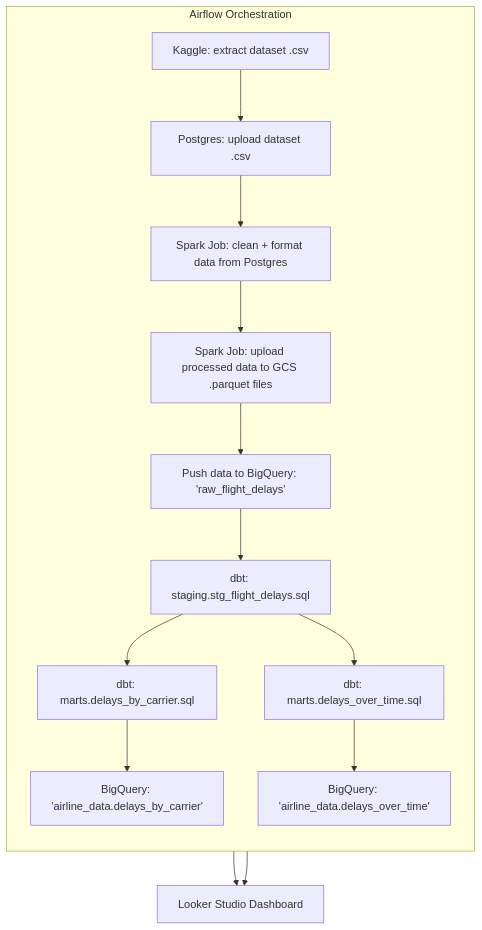
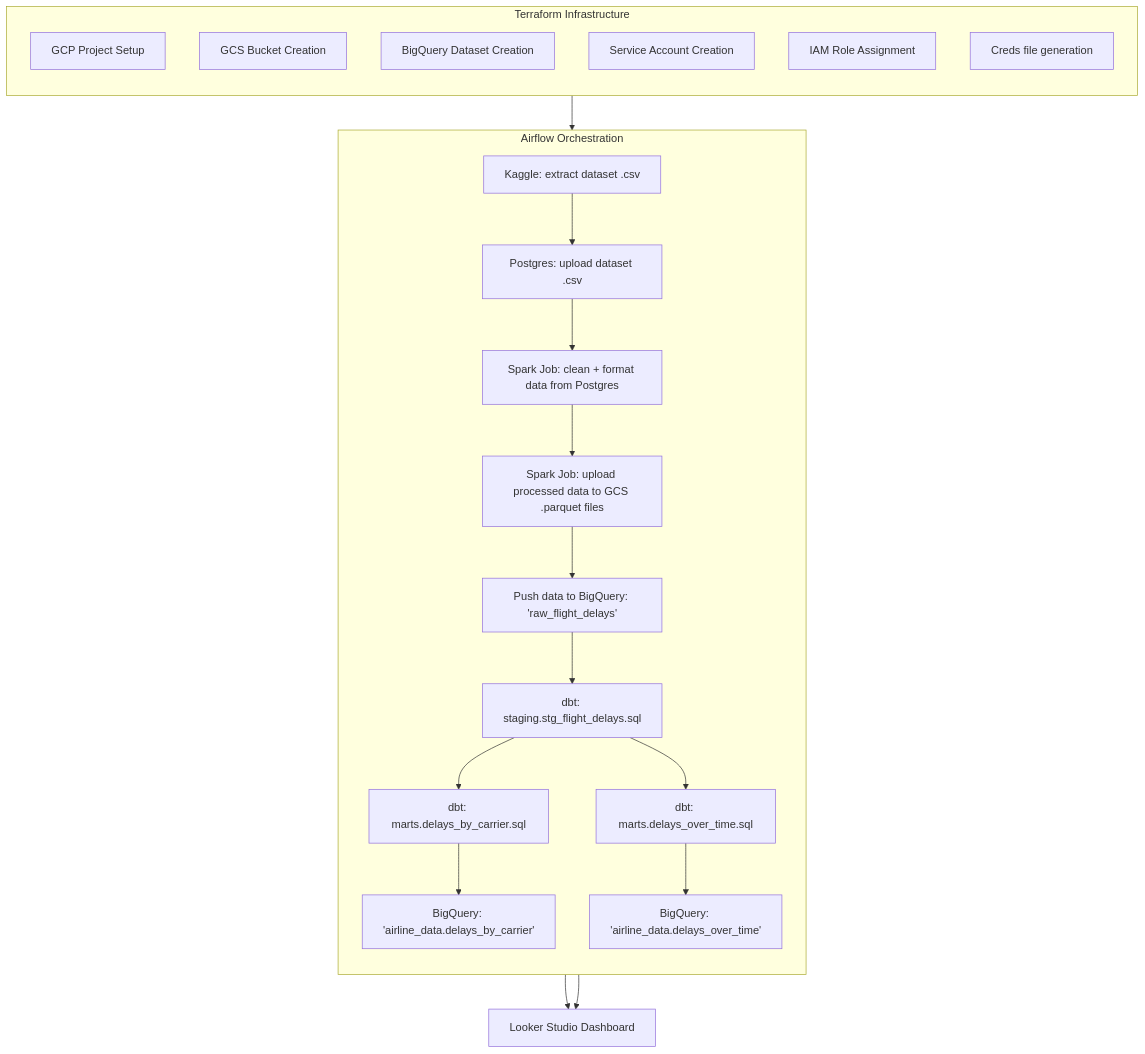
Before and after one commit to OlgasAcc/de-zoomcamp-project: the diagram in README.md, drawn with Mermaid. The commit also changed other lines of this file and 2 other files, not shown here.

Commit message:
enhancements

````diff
--- a/README.md
+++ b/README.md
@@ -13,30 +13,41 @@
 ```mermaid
 graph TD
+    subgraph T[Terraform Infrastructure]
+        direction TB
+        T1[GCP Project Setup]
+        T2[GCS Bucket Creation]
+        T3[BigQuery Dataset Creation]
+        T4[Service Account Creation]
+        T5[IAM Role Assignment]
+        T6[Creds file generation]
+    end
+
     subgraph A[Airflow Orchestration]
         direction TB
         A1[Kaggle: extract dataset .csv]
         A2[Postgres: upload dataset .csv]
         A3[Spark Job: clean + format data from Postgres]
         A4[Spark Job: upload processed data to GCS .parquet files]
         A5[Push data to BigQuery: 'raw_flight_delays']
         A6[dbt: staging.stg_flight_delays.sql]
         A7[dbt: marts.delays_by_carrier.sql]
         A8[dbt: marts.delays_over_time.sql]
         A9[BigQuery: 'airline_data.delays_by_carrier']
         A10[BigQuery: 'airline_data.delays_over_time']
 
         A1 --> A2
         A2 --> A3
         A3 --> A4
         A4 --> A5
         A5 --> A6
         A6 --> A7
         A6 --> A8
         A7 --> A9
         A8 --> A10
 
     end
 
+    T --> A
     A9 --> B[Looker Studio Dashboard]
     A10 --> B
 ```
````
